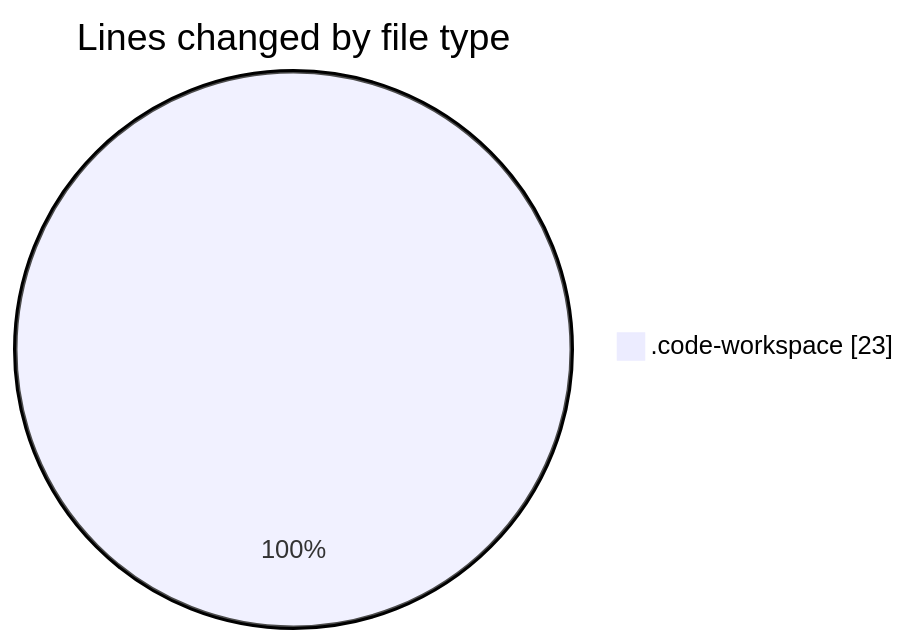
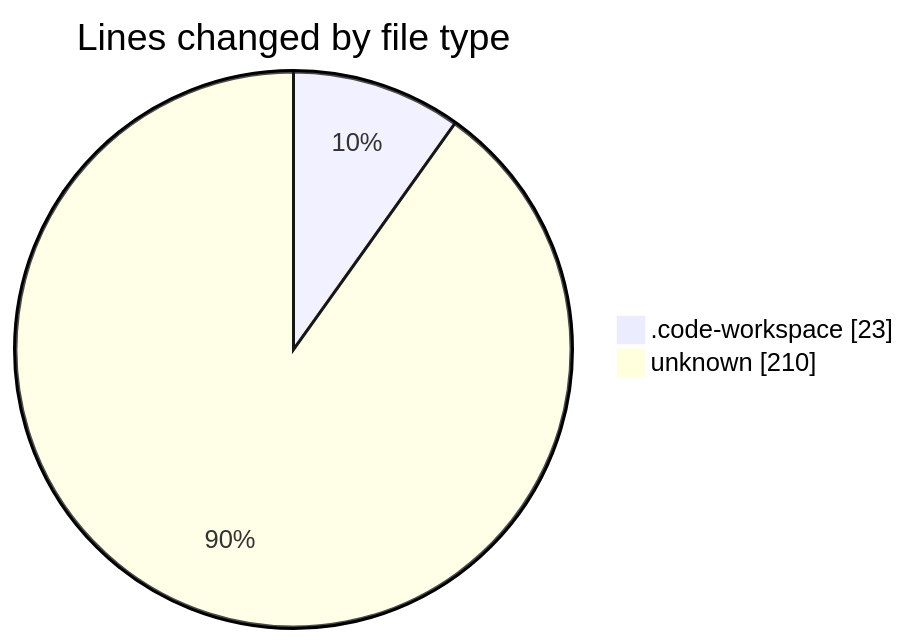
The first of 2 diagrams in 2026-03-02/shadcn-admin-kit-main__workspace_/README.md (jadenblack/code-tracking), drawn with Mermaid before and after one commit. The commit also changed other lines of this file and 1 other file, not shown here.

````diff
--- a/2026-03-02/shadcn-admin-kit-main__workspace_/README.md
+++ b/2026-03-02/shadcn-admin-kit-main__workspace_/README.md
@@ -20,5 +23,6 @@
 ```mermaid
 pie showData
 title Lines changed by file type
 ".code-workspace" : 23
+"unknown" : 210
 ```
````
